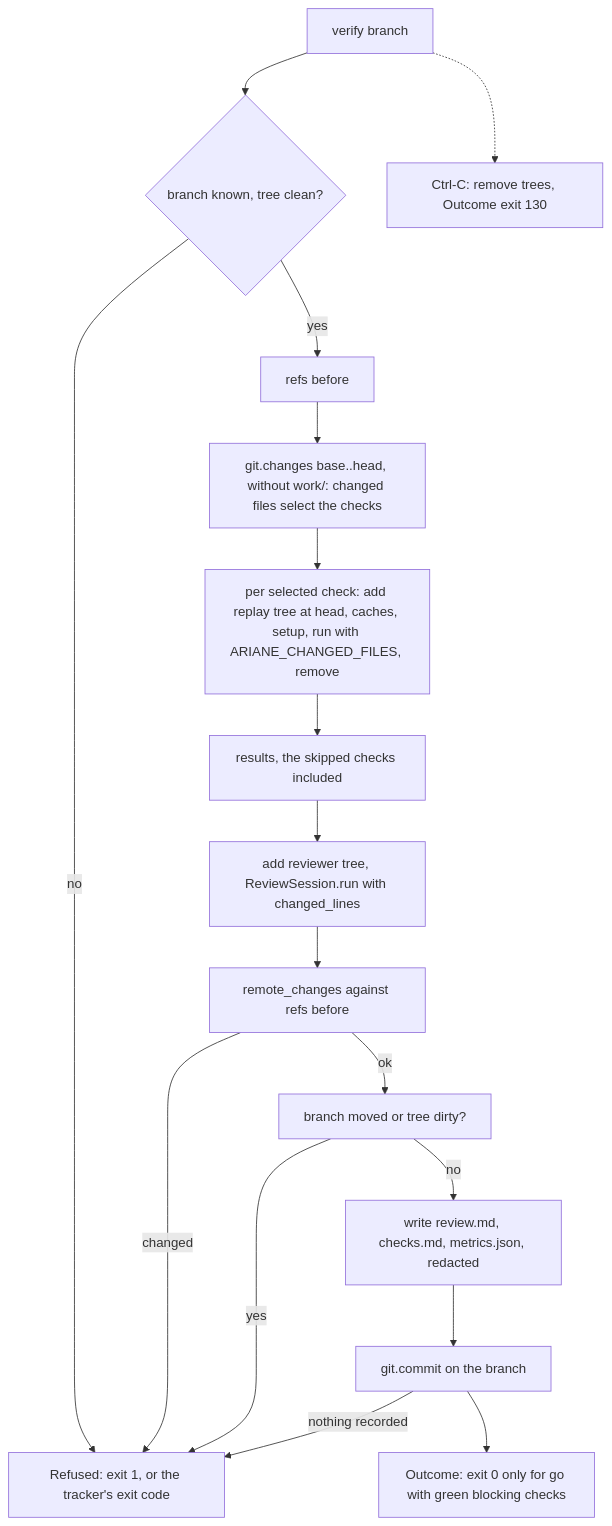
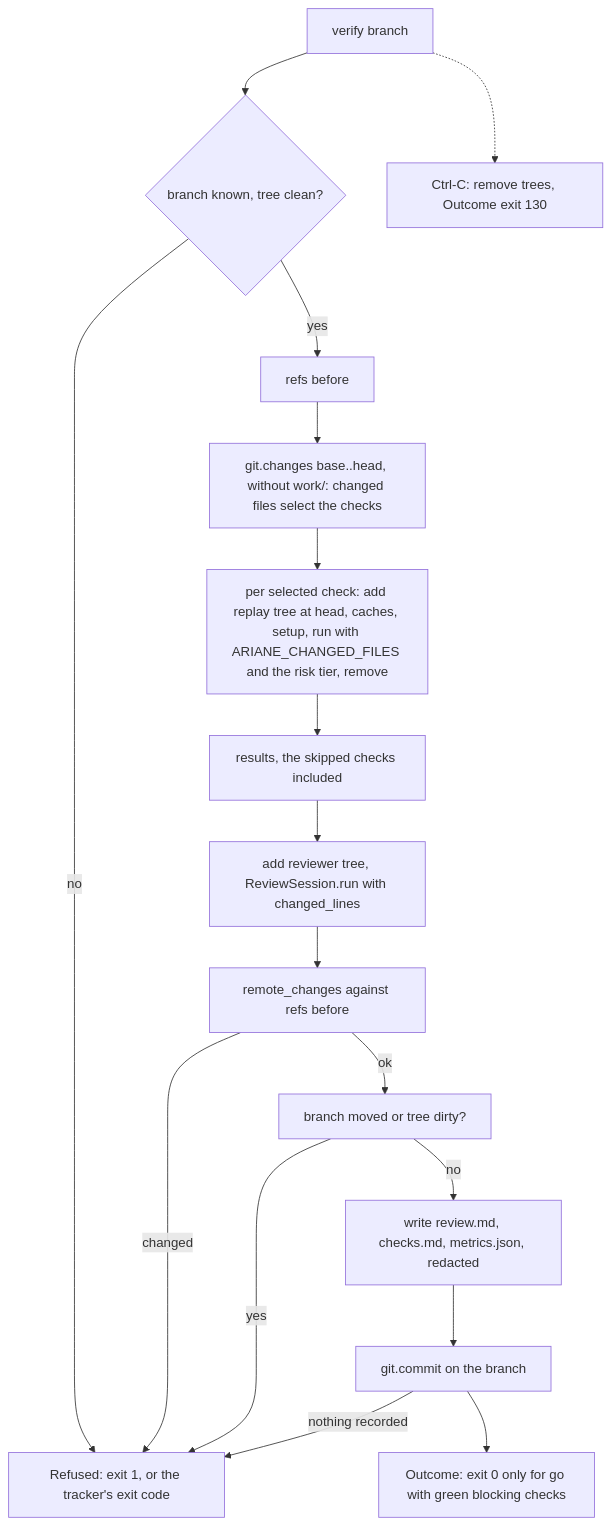
The first of 3 diagrams in docs/architecture/modules/verify.md (plaplanche/ariane), drawn with Mermaid before and after one commit. The commit also changed other lines of this file and 29 other files, not shown here.

Commit message:
#185: Risk tier per round: ARIANE_RISK_TIER and ARIANE_FULL_SUITE (C9)

````diff
--- a/docs/architecture/modules/verify.md
+++ b/docs/architecture/modules/verify.md
@@ -34,19 +35,19 @@
 ```mermaid
 flowchart TD
   A[verify branch] --> B{branch known, tree clean?}
   B -- no --> X[Refused: exit 1, or the tracker's exit code]
   B -- yes --> C[refs before]
   C --> C2[git.changes base..head, without work/: changed files select the checks]
-  C2 --> D[per selected check: add replay tree at head, caches, setup, run with ARIANE_CHANGED_FILES, remove]
+  C2 --> D[per selected check: add replay tree at head, caches, setup, run with ARIANE_CHANGED_FILES and the risk tier, remove]
   D --> E[results, the skipped checks included]
   E --> F[add reviewer tree, ReviewSession.run with changed_lines]
   F --> G[remote_changes against refs before]
   G -- changed --> X
   G -- ok --> H[branch moved or tree dirty?]
   H -- yes --> X
   H -- no --> I[write review.md, checks.md, metrics.json, redacted]
   I --> J[git.commit on the branch]
   J -- nothing recorded --> X
   J --> K[Outcome: exit 0 only for go with green blocking checks]
   A -.-> L[Ctrl-C: remove trees, Outcome exit 130]
 ```
````
